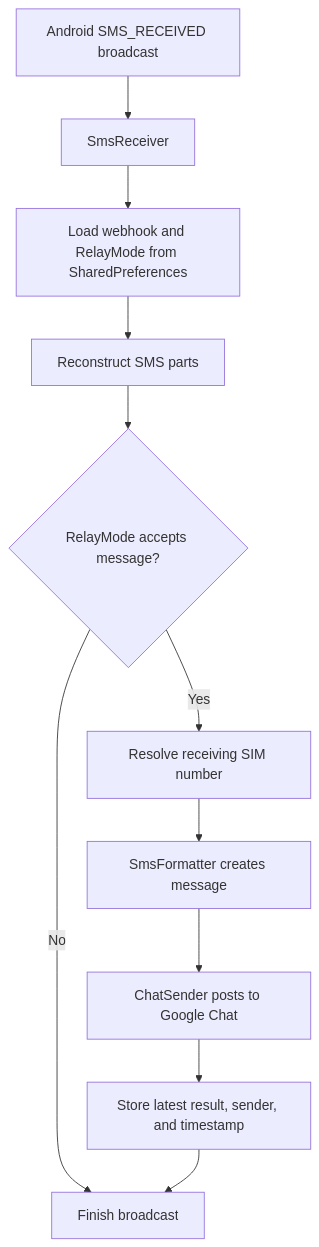
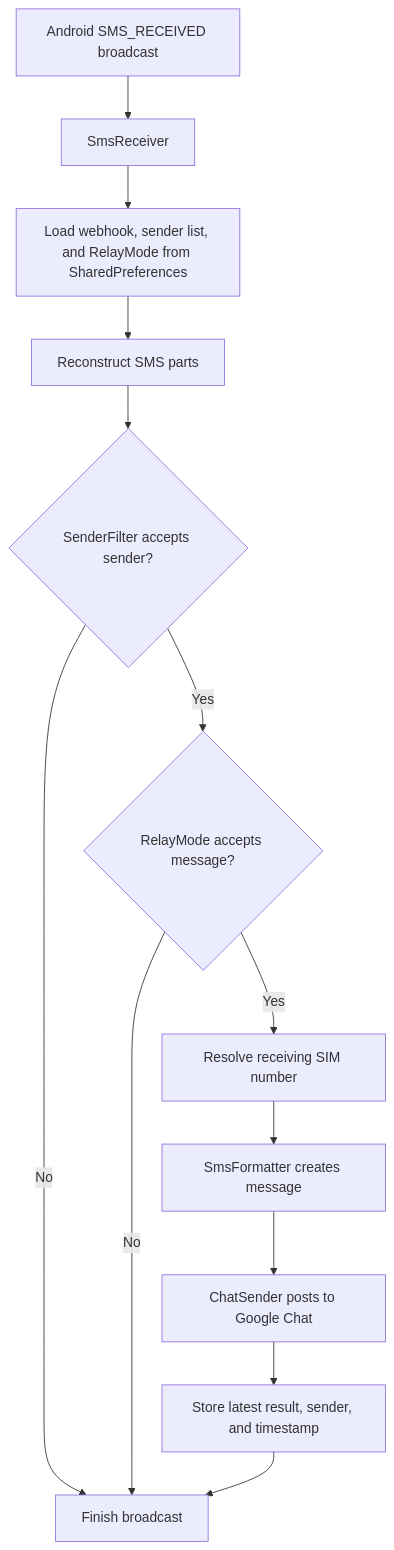
One commit to atiarmridul/TelcoOtpRelay changed the diagram in docs/ARCHITECTURE.md. Above: the diagram before and after it, drawn with Mermaid. The commit also changed other lines of this file and 18 other files, not shown here.

Commit message:
feat: add sender filtering and refine relay UI

````diff
--- a/docs/ARCHITECTURE.md
+++ b/docs/ARCHITECTURE.md
@@ -9,13 +9,15 @@
 ```mermaid
 flowchart TD
     A[Android SMS_RECEIVED broadcast] --> B[SmsReceiver]
-    B --> C[Load webhook and RelayMode from SharedPreferences]
+    B --> C[Load webhook, sender list, and RelayMode from SharedPreferences]
     C --> D[Reconstruct SMS parts]
-    D --> E{RelayMode accepts message?}
+    D --> S{SenderFilter accepts sender?}
+    S -- No --> F
+    S -- Yes --> E{RelayMode accepts message?}
     E -- No --> F[Finish broadcast]
     E -- Yes --> G[Resolve receiving SIM number]
     G --> H[SmsFormatter creates message]
     H --> I[ChatSender posts to Google Chat]
     I --> J[Store latest result, sender, and timestamp]
     J --> F
 ```
````
